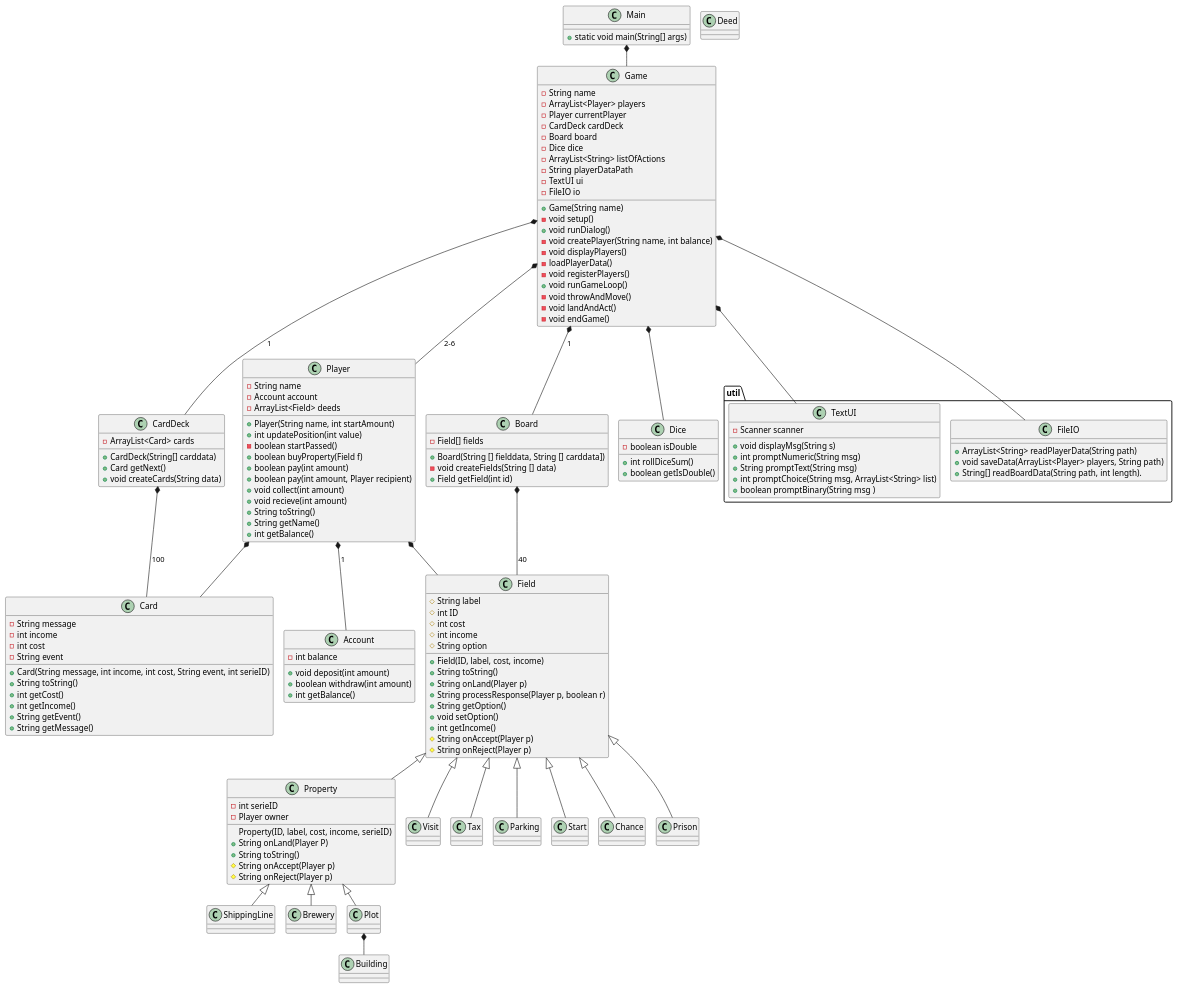
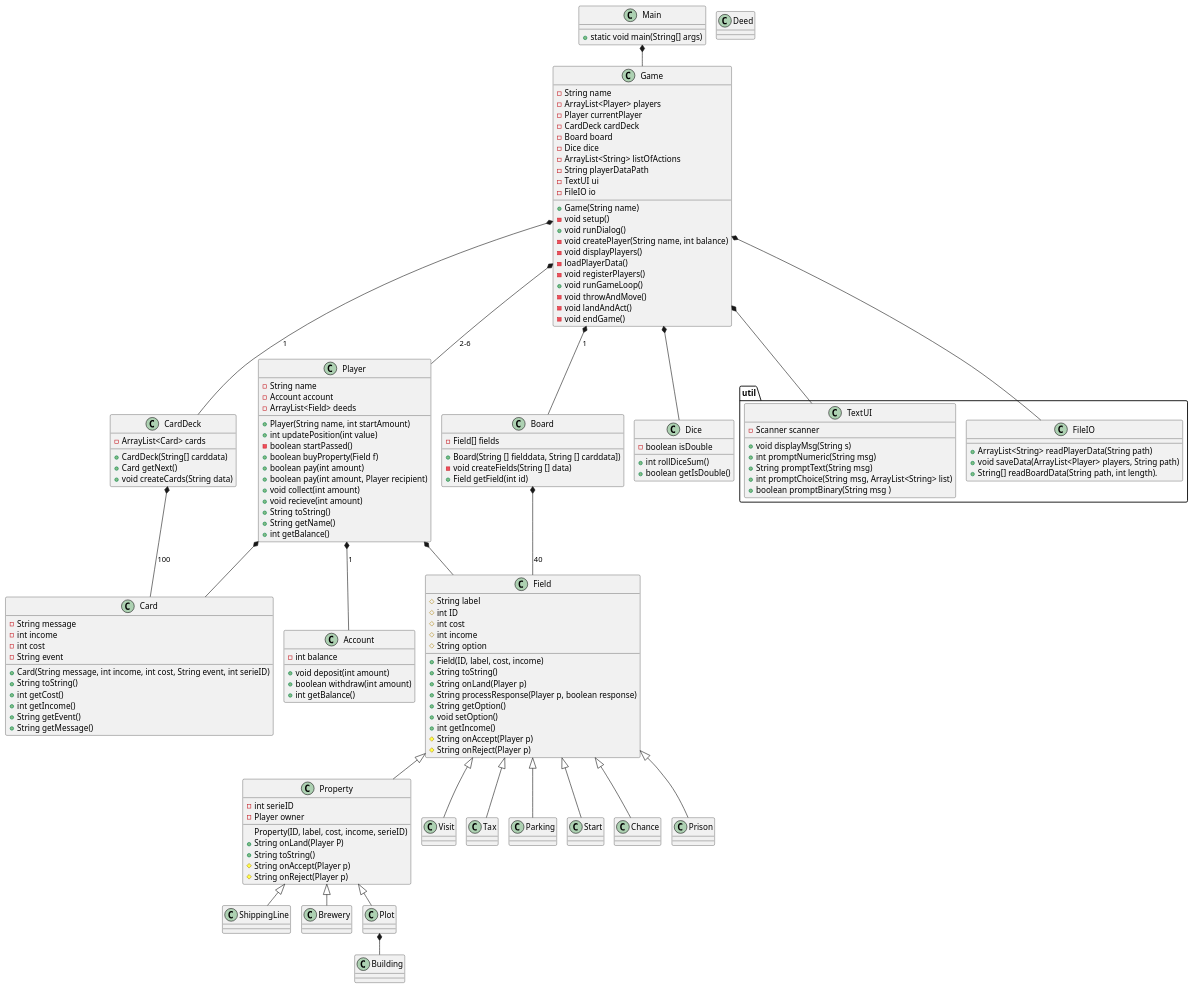
Before and after one commit to Dat1Cphbusiness/MonopolyE24: the diagram in doc/Plan/static/classdiagram_v2.puml, drawn with PlantUML.

Commit message:
fixed, processrespons parameter

```diff
--- a/doc/Plan/static/classdiagram_v2.puml
+++ b/doc/Plan/static/classdiagram_v2.puml
@@ -1,173 +1,173 @@
 @startuml
 !pragma layout smetana
 class Main{
 + static void main(String[] args)
 }
 
 
 
 
 class Game{
  - String name
  - ArrayList<Player> players
  - Player currentPlayer
  - CardDeck cardDeck
  - Board board
  - Dice dice
  'utilities
   - ArrayList<String> listOfActions
   - String playerDataPath
   - TextUI ui
   - FileIO io
   'Contructor
  + Game(String name)
  'Methods
  - void setup()
  + void runDialog()
  - void createPlayer(String name, int balance)
  - void displayPlayers()
   - loadPlayerData()
  - void registerPlayers()
  + void runGameLoop()
  - void throwAndMove()
  - void landAndAct()
  - void endGame()
 
 }
 
 class Player{
 - String name
 - Account account
 - ArrayList<Field> deeds
 + Player(String name, int startAmount)
 + int updatePosition(int value)
 - boolean startPassed()
 + boolean buyProperty(Field f)
 + boolean pay(int amount)
 + boolean pay(int amount, Player recipient)
 + void collect(int amount)
 + void recieve(int amount)
 + String toString()
 + String getName()
 + int getBalance()
 }
 class Account{
 - int balance
 + void deposit(int amount)
 + boolean withdraw(int amount)
 + int getBalance()
 }
 
 
 
 
 class Field{
  # String label
  # int ID
  # int cost
  # int income
  #String option
  + Field(ID, label, cost, income)
  + String toString()
  + String onLand(Player p)
- + String processResponse(Player p, boolean r)
+ + String processResponse(Player p, boolean response)
  + String getOption()
  + void setOption()
  + int getIncome()
  # String onAccept(Player p)
  # String onReject(Player p)
 }
 class Property{
 - int serieID
 - Player owner
 Property(ID, label, cost, income, serieID)
 +String onLand(Player P)
 +String toString()
 #String onAccept(Player p)
 #String onReject(Player p)
 }
 class Board{
  - Field[] fields
  + Board(String [] fielddata, String [] carddata])
  - void createFields(String [] data)
  + Field getField(int id)
 }
 
 class CardDeck {
 - ArrayList<Card> cards
 + CardDeck(String[] carddata)
 + Card getNext()
 + void createCards(String data)
 }
 class Card{
 -String message
 -int income
 -int cost
 -String event
 +Card(String message, int income, int cost, String event, int serieID)
 +String toString()
 + int getCost()
 + int getIncome()
 + String getEvent()
 + String getMessage()
 }
 
 class Dice{
  - boolean isDouble
  +int rollDiceSum()
  +boolean getIsDouble()
  }
  class Visit
  class Tax
  class Parking
  class Start
  class Chance
  class ShippingLine
  class Brewery
  class Building
  class Deed
  class Plot
 
 package "util" {
 class TextUI{
 - Scanner scanner
 + void displayMsg(String s)
 + int promptNumeric(String msg)
 + String promptText(String msg)
 + int promptChoice(String msg, ArrayList<String> list)
 + boolean promptBinary(String msg )
 }
 class FileIO{
 + ArrayList<String> readPlayerData(String path)
 + void saveData(ArrayList<Player> players, String path)
 + String[] readBoardData(String path, int length).
 }
 }
 
 Game *-- TextUI
 Main *-- Game
 Game *-- Player: 2-6
 Game *-- FileIO
 Player *-- Account:1
 Game *-- Board:1
 Board *-- Field:40
 Game *-- CardDeck:1
 CardDeck *-- Card:100
 Game *-- Dice
 Player *-- Card
 Player *-- Field
 Field <|-- Property
 Field <|-- Visit
 Field <|-- Tax
 Field <|-- Chance
 Field <|-- Parking
 Field <|-- Start
 Field <|-- Prison
 Property <|-- ShippingLine
 Property <|-- Brewery
 Property <|-- Plot
 Plot *-- Building
 
 
 
 @enduml
```
